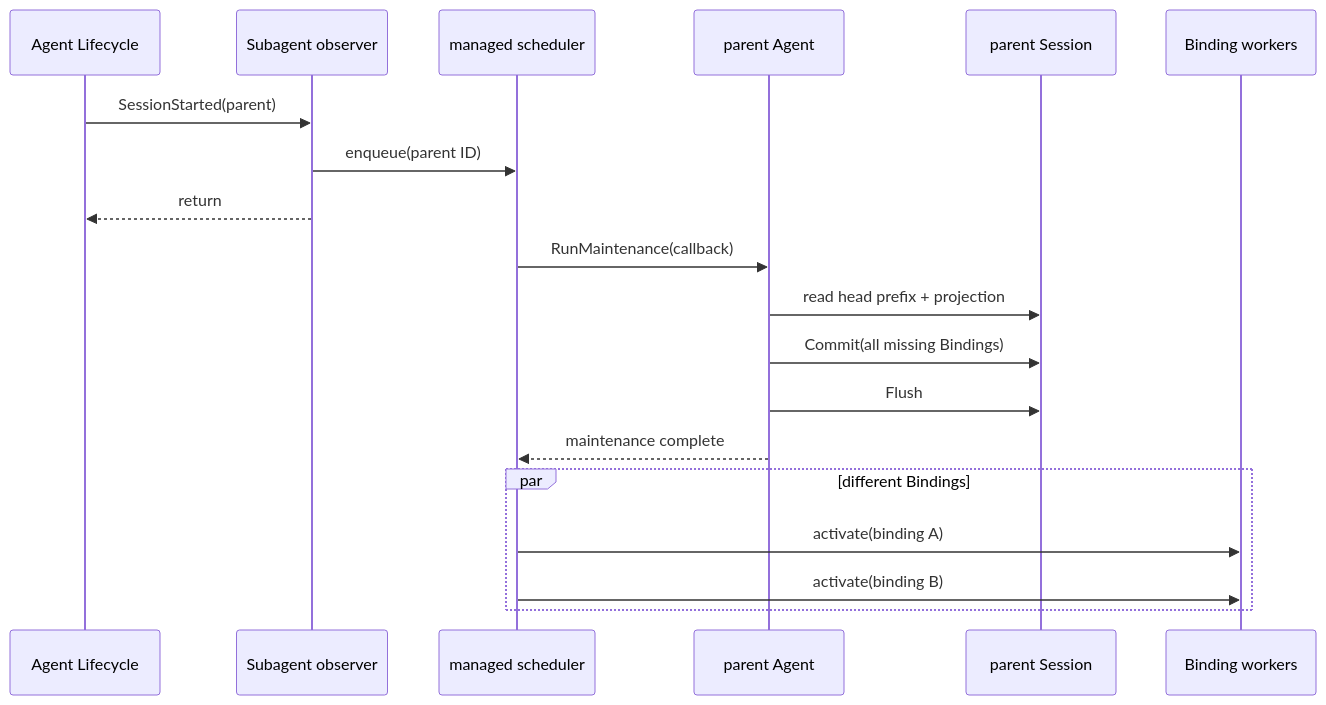
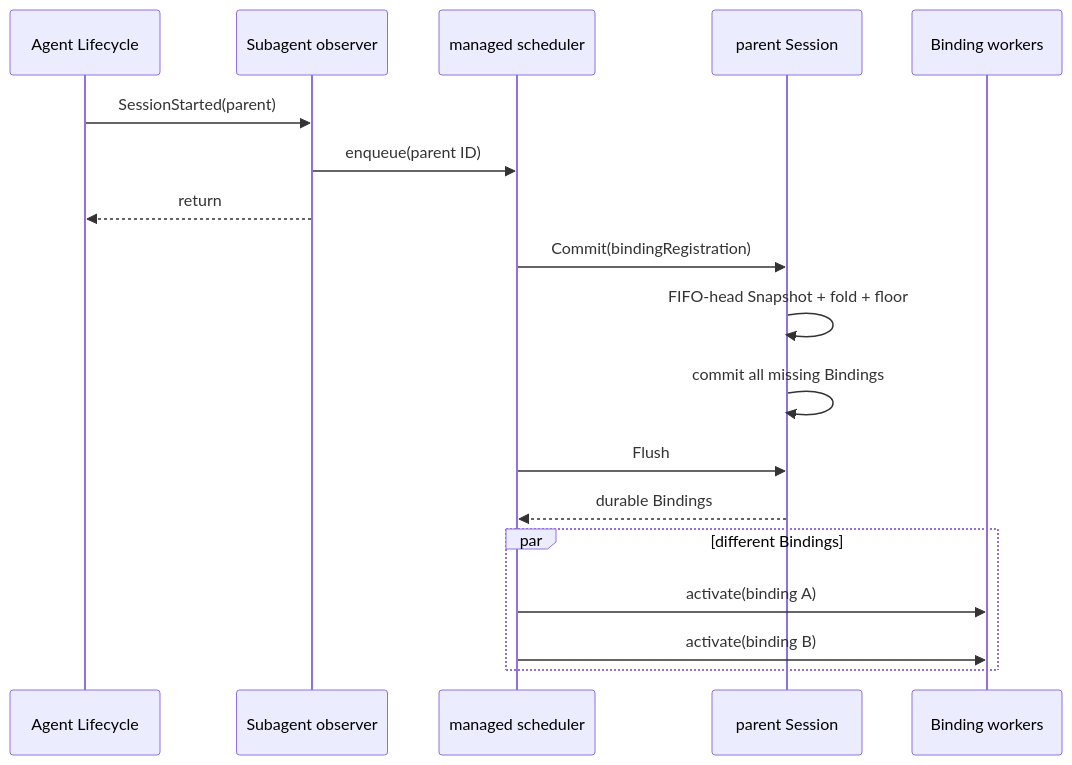
One commit to gorenx/goren changed the second of 2 diagrams in subagent/docs/parent-bound-design.zh-CN.md. Above: the diagram before and after it, drawn with Mermaid. The commit also changed other lines of this file and 16 other files, not shown here.

````diff
--- a/subagent/docs/parent-bound-design.zh-CN.md
+++ b/subagent/docs/parent-bound-design.zh-CN.md
@@ -87,22 +86,21 @@
 ```mermaid
 sequenceDiagram
     participant L as Agent Lifecycle
     participant O as Subagent observer
     participant Q as managed scheduler
-    participant P as parent Agent
     participant S as parent Session
     participant W as Binding workers
 
     L->>O: SessionStarted(parent)
     O->>Q: enqueue(parent ID)
     O-->>L: return
-    Q->>P: RunMaintenance(callback)
-    P->>S: read head prefix + projection
-    P->>S: Commit(all missing Bindings)
-    P->>S: Flush
-    P-->>Q: maintenance complete
+    Q->>S: Commit(bindingRegistration)
+    S->>S: FIFO-head Snapshot + fold + floor
+    S->>S: commit all missing Bindings
+    Q->>S: Flush
+    S-->>Q: durable Bindings
     par different Bindings
         Q->>W: activate(binding A)
         Q->>W: activate(binding B)
     end
 ```
````
